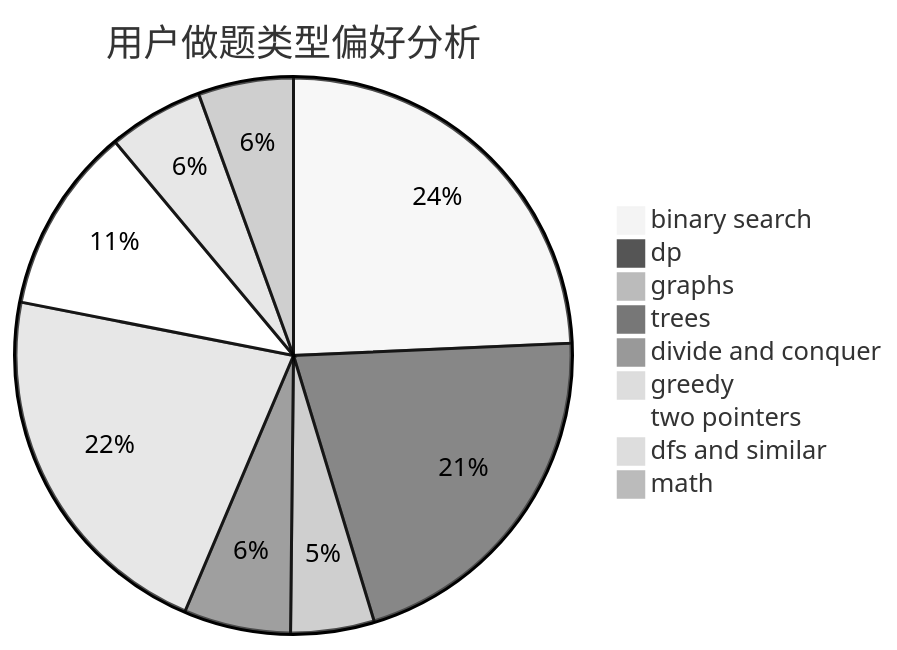
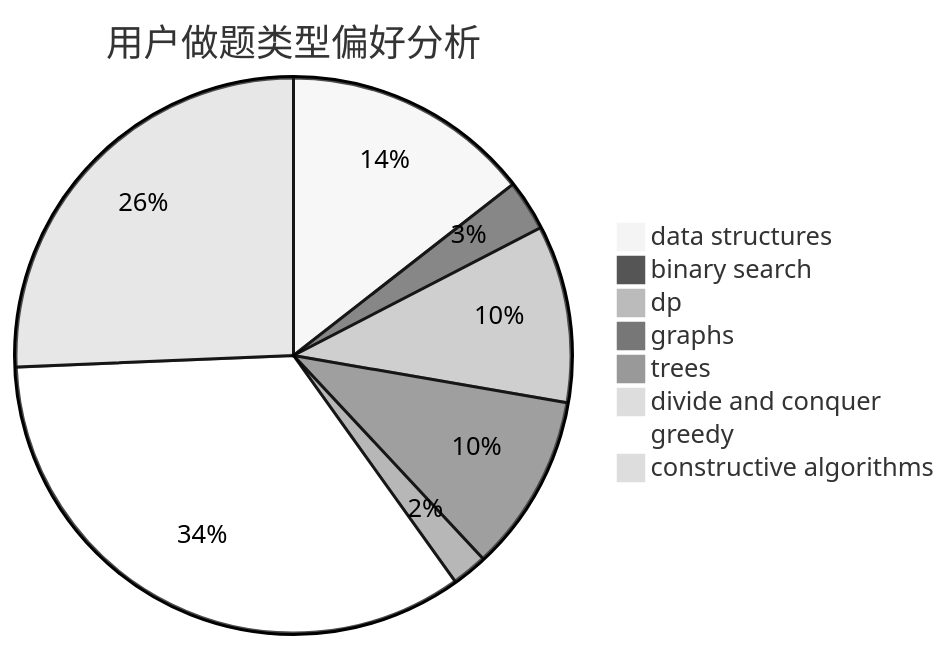
One commit to sherpahu/cfrs.github.io changed the second of 3 diagrams in docs/user/u1147.md. Above: the diagram before and after it, drawn with Mermaid (neutral theme). The commit also changed other lines of this file and 2775 other files, not shown here.

````diff
--- a/docs/user/u1147.md
+++ b/docs/user/u1147.md
@@ -23,12 +23,11 @@
 ```mermaid
 pie title 用户做题类型偏好分析
-    "binary search" :  215
-    "dp" :  186
-    "graphs" :  43
-    "trees" :  55
-    "divide and conquer" :  1
-    "greedy" :  192
-    "two pointers" :  96
-    "dfs and similar" :  49
-    "math" :  49
+    "data structures" :  49
+    "binary search" :  10
+    "dp" :  35
+    "graphs" :  35
+    "trees" :  7
+    "divide and conquer" :  0
+    "greedy" :  116
+    "constructive algorithms" :  87
 ```
````
